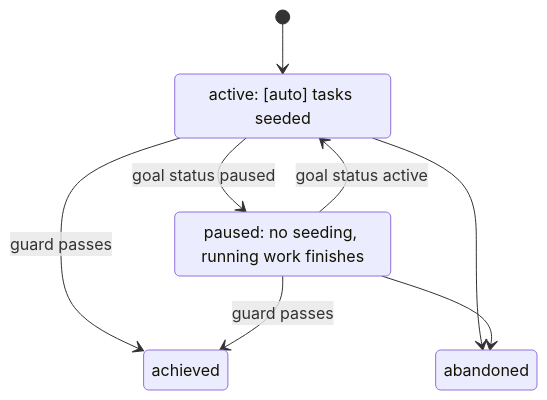
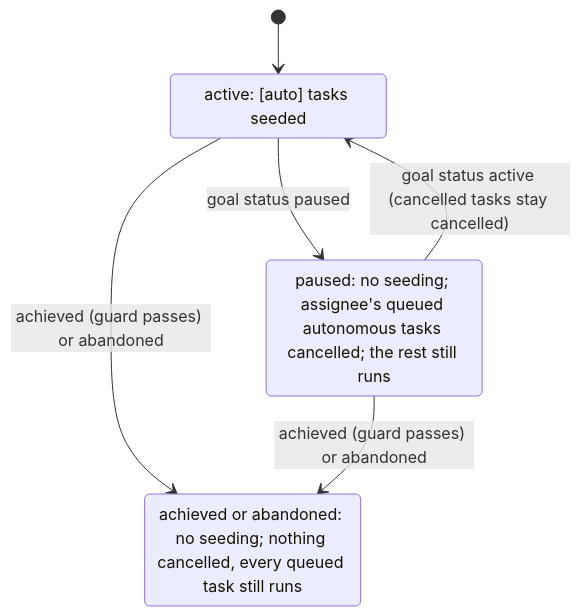
Before and after one commit to yuxhuang/r-orch: diagram 11 of 11 in docs/internal/orchestration.md, drawn with Mermaid. The commit also changed other lines of this file, not shown here.

````diff
--- a/docs/internal/orchestration.md
+++ b/docs/internal/orchestration.md
@@ -856,12 +919,11 @@
 ```mermaid
 stateDiagram-v2
     state "active: [auto] tasks seeded" as active
-    state "paused: no seeding, running work finishes" as paused
+    state "paused: no seeding; assignee's queued autonomous tasks cancelled; the rest still runs" as paused
+    state "achieved or abandoned: no seeding; nothing cancelled, every queued task still runs" as closed
     [*] --> active
     active --> paused : goal status paused
-    paused --> active : goal status active
-    active --> achieved : guard passes
-    paused --> achieved : guard passes
-    active --> abandoned
-    paused --> abandoned
+    paused --> active : goal status active (cancelled tasks stay cancelled)
+    active --> closed : achieved (guard passes) or abandoned
+    paused --> closed : achieved (guard passes) or abandoned
 ```
````
